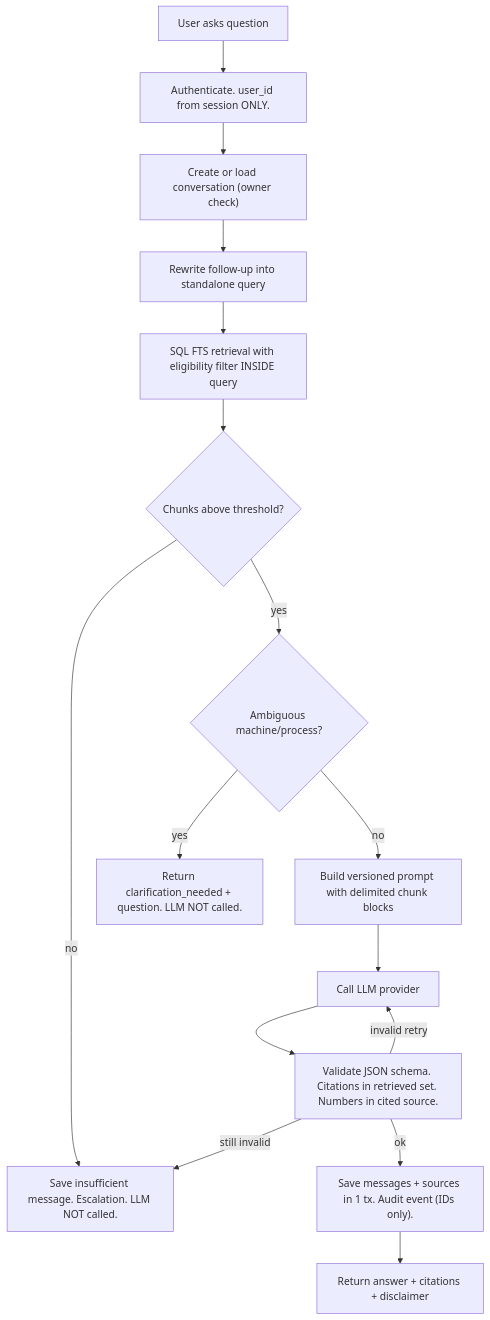
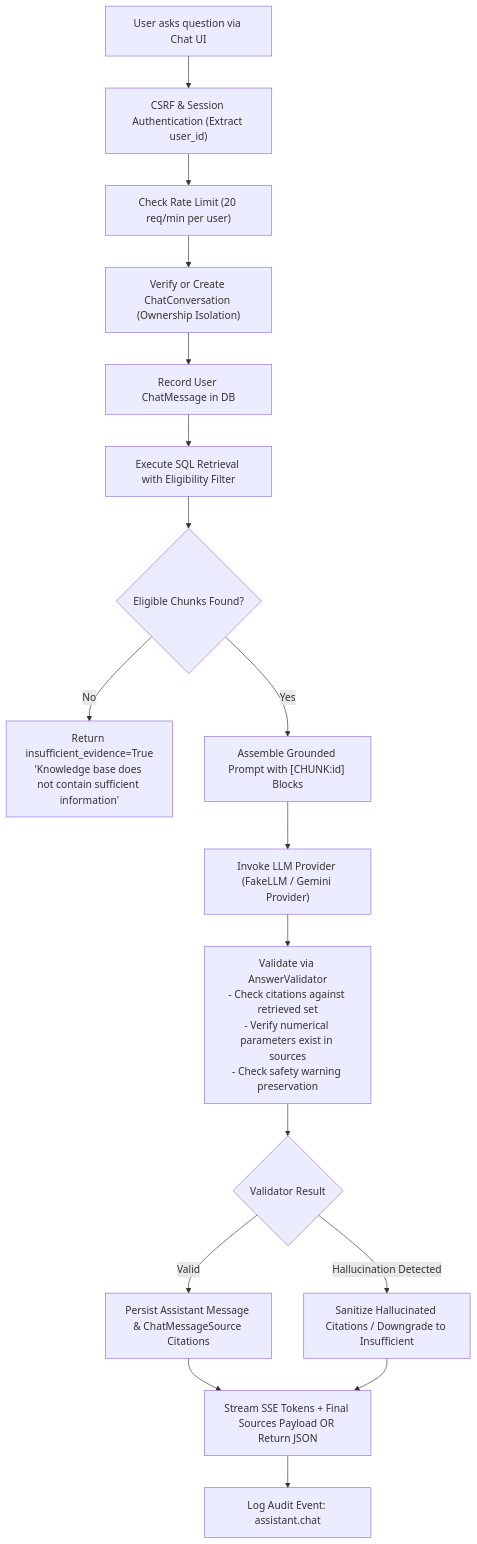
Before and after one commit to janhavii67/CodeKarma_4_GurukulAI_Batch1: the diagram in docs/modules/02-ai-assistant.md, drawn with Mermaid. The commit also changed other lines of this file and 192 other files, not shown here.

````diff
--- a/docs/modules/02-ai-assistant.md
+++ b/docs/modules/02-ai-assistant.md
@@ -35,18 +37,19 @@
 ```mermaid
 flowchart TD
-  A["User asks question"] --> B["Authenticate. user_id from session ONLY."]
-  B --> C["Create or load conversation (owner check)"]
-  C --> D["Rewrite follow-up into standalone query"]
-  D --> E["SQL FTS retrieval with eligibility filter INSIDE query"]
-  E --> F{"Chunks above threshold?"}
-  F -- no --> G["Save insufficient message. Escalation. LLM NOT called."]
-  F -- yes --> H{"Ambiguous machine/process?"}
-  H -- yes --> I["Return clarification_needed + question. LLM NOT called."]
-  H -- no --> J["Build versioned prompt with delimited chunk blocks"]
-  J --> K["Call LLM provider"]
-  K --> L["Validate JSON schema. Citations in retrieved set. Numbers in cited source."]
-  L -- invalid retry --> K
-  L -- still invalid --> G
-  L -- ok --> M["Save messages + sources in 1 tx. Audit event (IDs only)."]
-  M --> N["Return answer + citations + disclaimer"]
+  A["User asks question via Chat UI"] --> B["CSRF & Session Authentication (Extract user_id)"]
+  B --> C["Check Rate Limit (20 req/min per user)"]
+  C --> D["Verify or Create ChatConversation (Ownership Isolation)"]
+  D --> E["Record User ChatMessage in DB"]
+  E --> F["Execute SQL Retrieval with Eligibility Filter"]
+  F --> G{"Eligible Chunks Found?"}
+  G -- No --> H["Return insufficient_evidence=True<br/>'Knowledge base does not contain sufficient information'"]
+  G -- Yes --> I["Assemble Grounded Prompt with [CHUNK:id] Blocks"]
+  I --> J["Invoke LLM Provider (FakeLLM / Gemini Provider)"]
+  J --> K["Validate via AnswerValidator<br/>- Check citations against retrieved set<br/>- Verify numerical parameters exist in sources<br/>- Check safety warning preservation"]
+  K --> L{"Validator Result"}
+  L -- Valid --> M["Persist Assistant Message & ChatMessageSource Citations"]
+  L -- Hallucination Detected --> N["Sanitize Hallucinated Citations / Downgrade to Insufficient"]
+  M --> O["Stream SSE Tokens + Final Sources Payload OR Return JSON"]
+  N --> O
+  O --> P["Log Audit Event: assistant.chat"]
 ```
````
